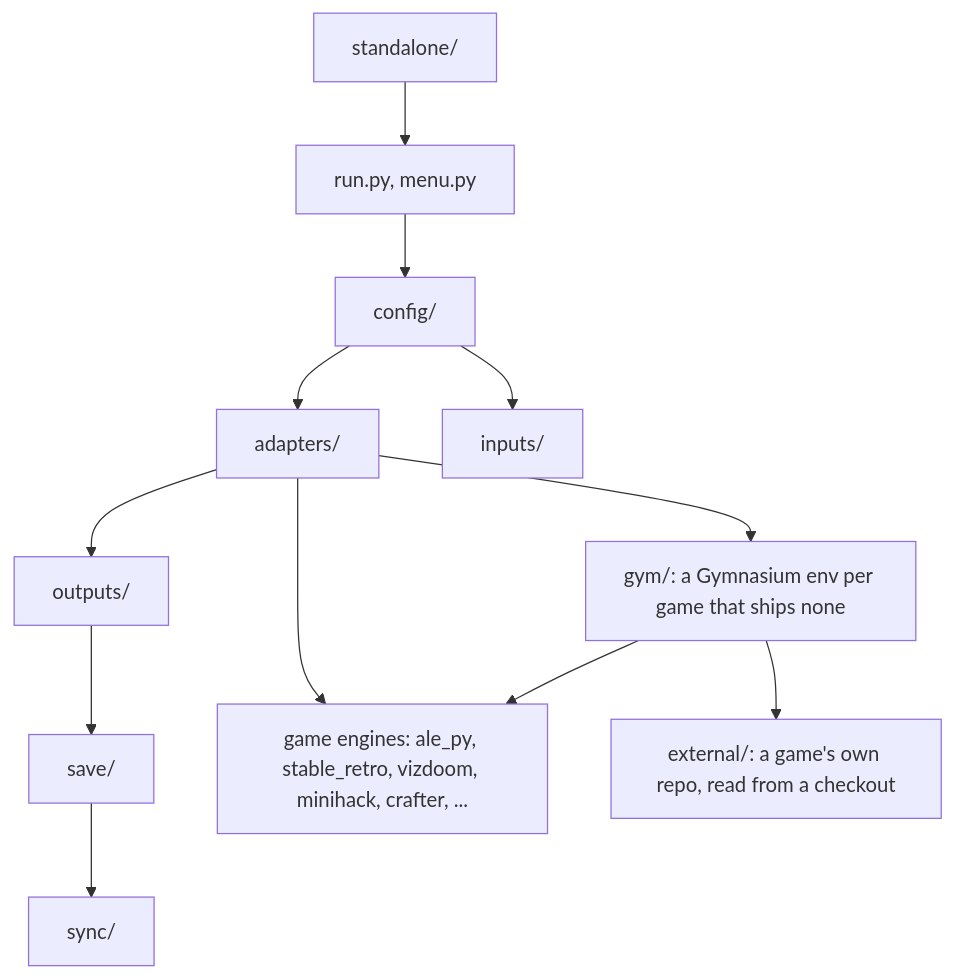
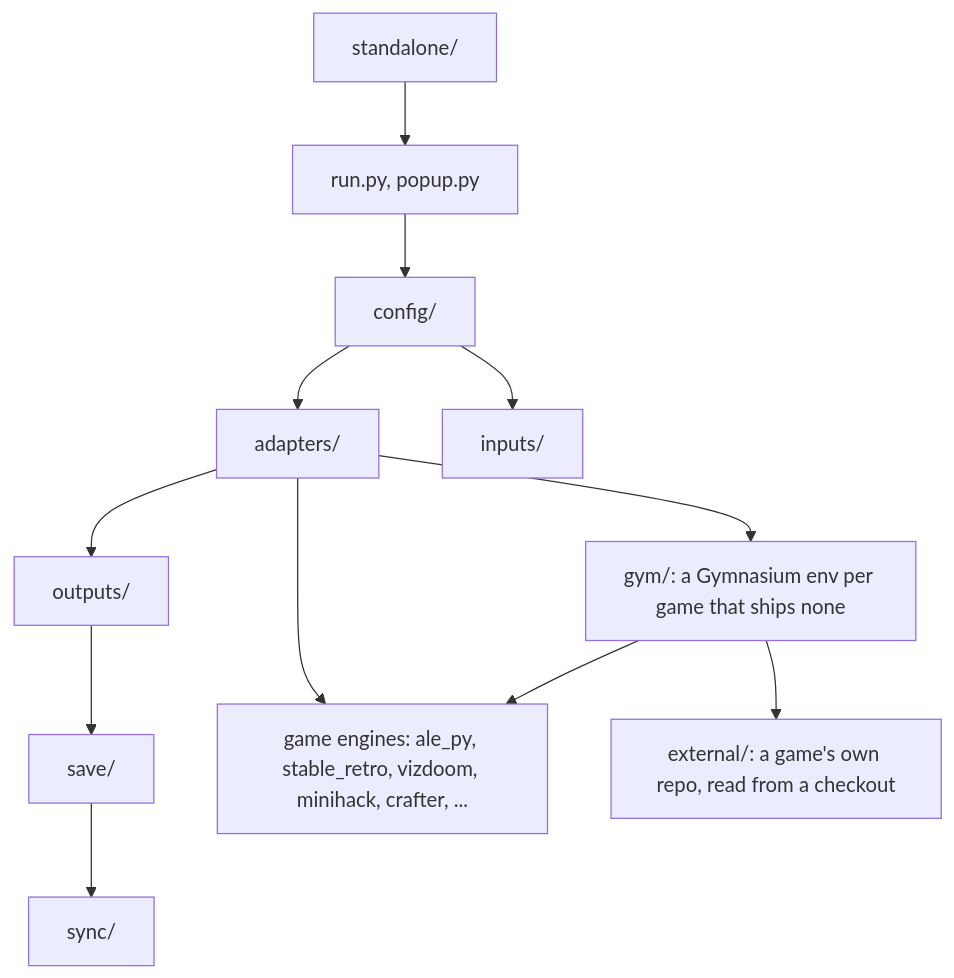
Before and after one commit to tomov/fmri-gym: the first of 2 diagrams in docs/DEPENDENCIES.md, drawn with Mermaid. The commit also changed other lines of this file and 62 other files, not shown here.

````diff
--- a/docs/DEPENDENCIES.md
+++ b/docs/DEPENDENCIES.md
@@ -5,14 +5,14 @@
 ```mermaid
 flowchart TD
-    standalone["standalone/"] --> runLayer["run.py, menu.py"]
+    standalone["standalone/"] --> runLayer["run.py, popup.py"]
     runLayer --> config["config/"]
     config --> adapters["adapters/"]
     adapters --> outputs["outputs/"]
     outputs --> save["save/"]
     save --> sync["sync/"]
     config --> inputs["inputs/"]
     adapters --> engines["game engines: ale_py, stable_retro, vizdoom, minihack, crafter, ..."]
     adapters --> gymenvs["gym/: a Gymnasium env per game that ships none"]
     gymenvs --> engines
     gymenvs --> external["external/: a game's own repo, read from a checkout"]
 ```
````
